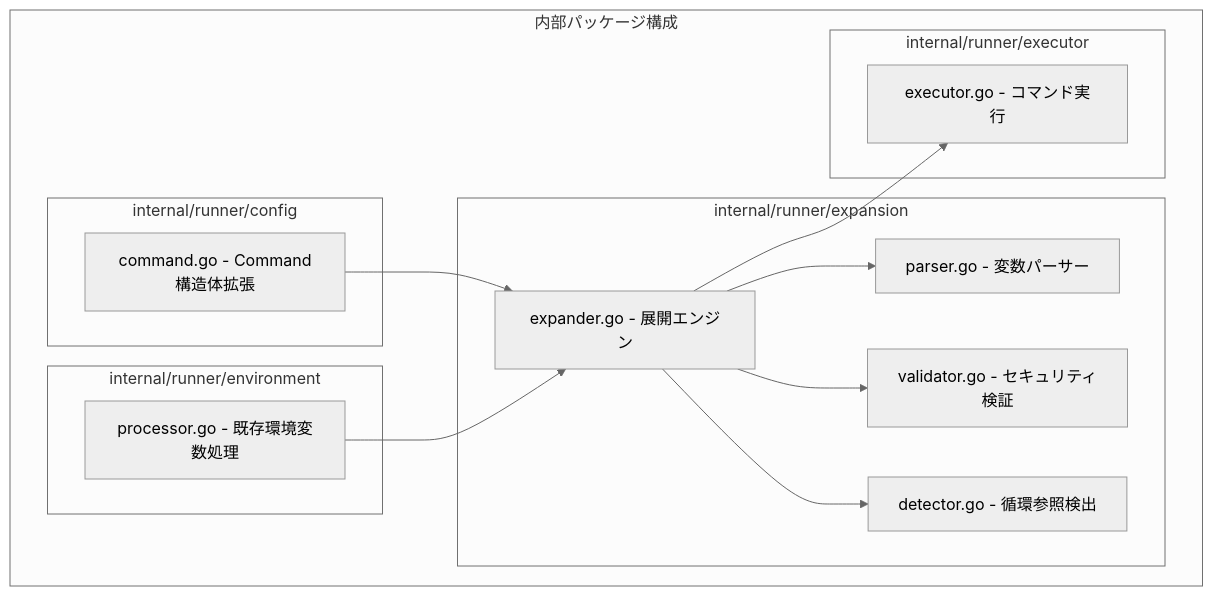
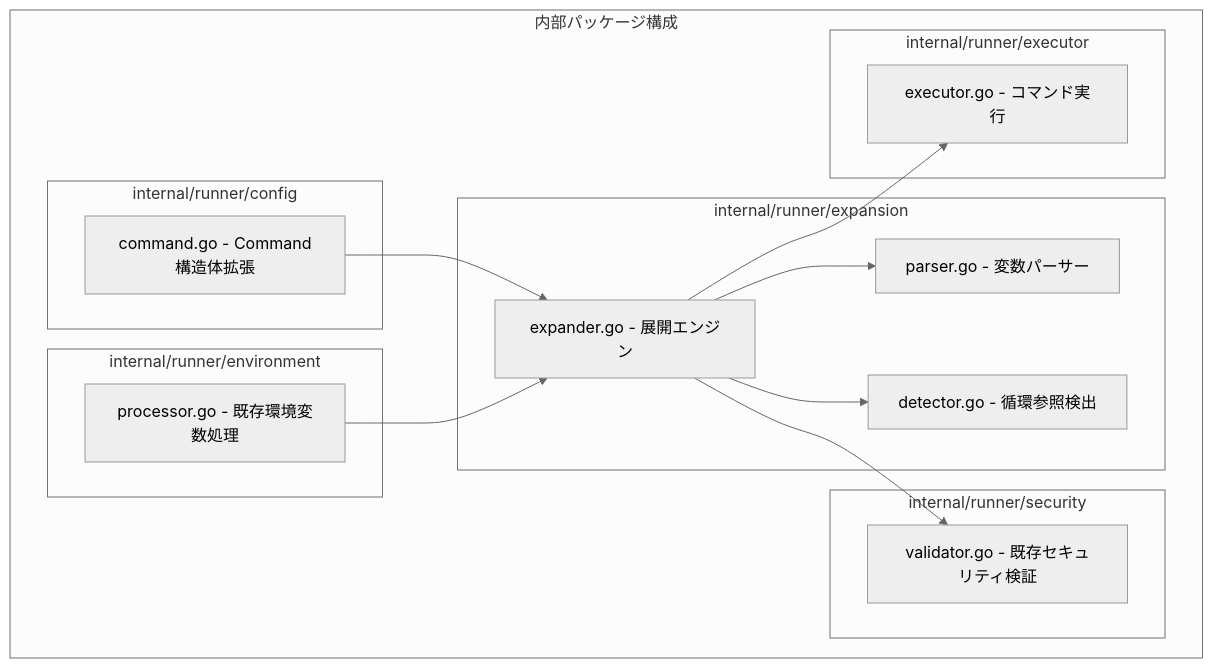
One commit to isseis/go-safe-cmd-runner changed the second of 6 diagrams in docs/tasks/0026_variable_expansion/02_architecture.md. Above: the diagram before and after it, drawn with Mermaid (neutral theme). The commit also changed other lines of this file and 1 other file, not shown here.

````diff
--- a/docs/tasks/0026_variable_expansion/02_architecture.md
+++ b/docs/tasks/0026_variable_expansion/02_architecture.md
@@ -53,30 +53,33 @@
 ```mermaid
 graph TB
     subgraph "内部パッケージ構成"
         subgraph "internal/runner/expansion"
             A[expander.go - 展開エンジン]
             B[parser.go - 変数パーサー]
-            C[validator.go - セキュリティ検証]
             D[detector.go - 循環参照検出]
         end
 
         subgraph "internal/runner/config"
             E[command.go - Command構造体拡張]
         end
 
         subgraph "internal/runner/environment"
             F[processor.go - 既存環境変数処理]
+        end
+
+        subgraph "internal/runner/security"
+            C[validator.go - 既存セキュリティ検証]
         end
 
         subgraph "internal/runner/executor"
             G[executor.go - コマンド実行]
         end
     end
 
     A --> B
     A --> C
     A --> D
     E --> A
     F --> A
     A --> G
 ```
````
